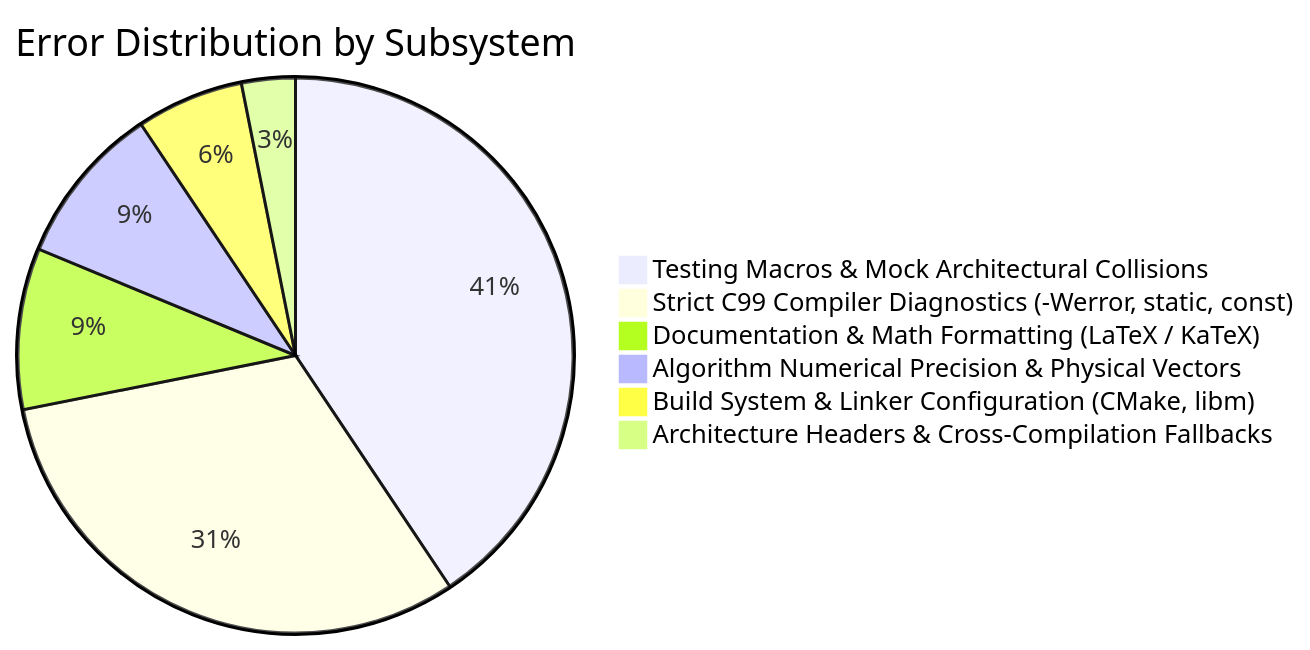
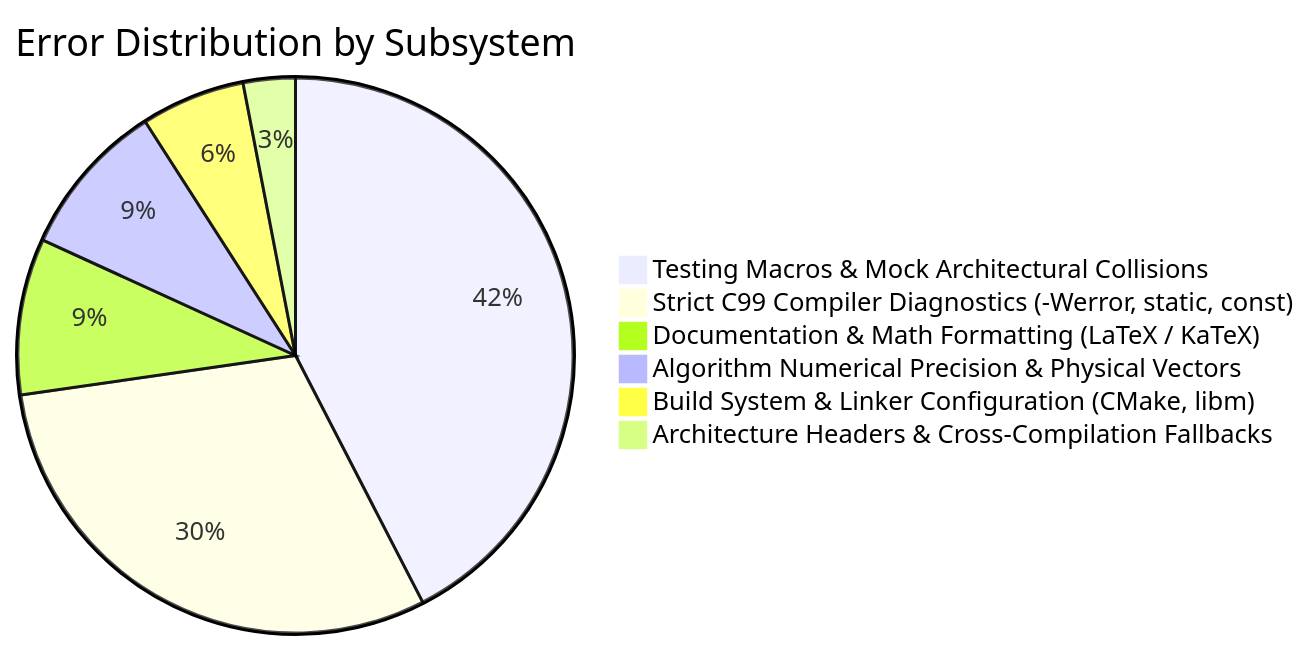
Before and after one commit to Thejus26/rain-predict: the diagram in context/errors/README.md, drawn with Mermaid. The commit also changed other lines of this file and 2 other files, not shown here.

Commit message:
fix(drivers): resolve ERR-033 modbus query rx buffer over-read in retry recovery

````diff
--- a/context/errors/README.md
+++ b/context/errors/README.md
@@ -48,9 +49,9 @@
 ```mermaid
 pie title Error Distribution by Subsystem
-    "Testing Macros & Mock Architectural Collisions" : 13
+    "Testing Macros & Mock Architectural Collisions" : 14
     "Strict C99 Compiler Diagnostics (-Werror, static, const)" : 10
     "Documentation & Math Formatting (LaTeX / KaTeX)" : 3
     "Algorithm Numerical Precision & Physical Vectors" : 3
     "Build System & Linker Configuration (CMake, libm)" : 2
     "Architecture Headers & Cross-Compilation Fallbacks" : 1
 ```
````
